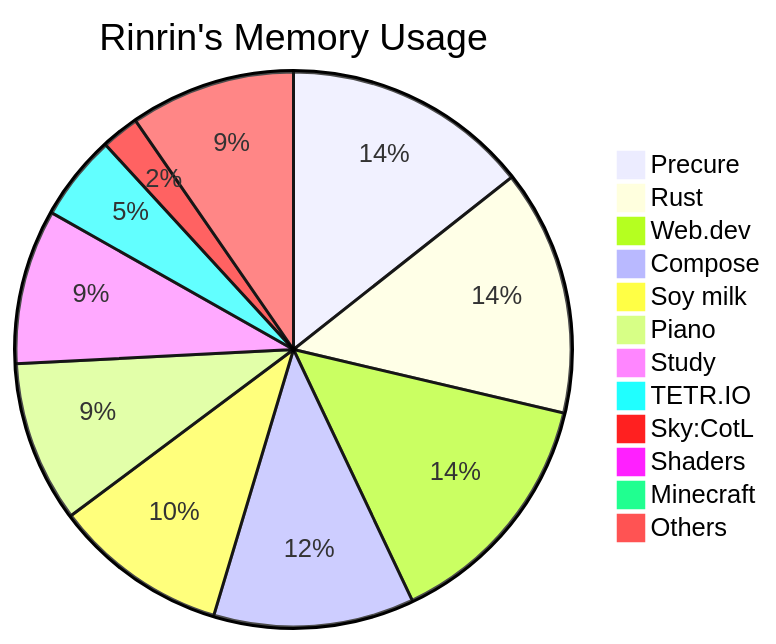
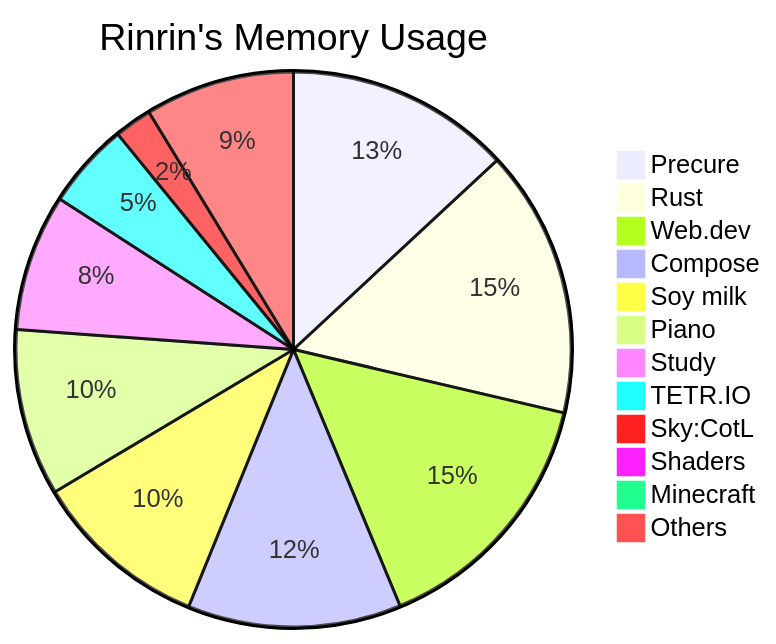
One commit to Rinrin0413/Rinrin0413 changed the diagram in README.md. Above: the diagram before and after it, drawn with Mermaid.

Commit message:
🛠 Update: Rinrin's Memory Usage

````diff
--- a/README.md
+++ b/README.md
@@ -77,15 +77,15 @@
 ```mermaid
 pie title Rinrin's Memory Usage
-    "Precure": 587
-    "Rust": 585
-    "Web.dev": 584
+    "Precure": 502
+    "Rust": 598
+    "Web.dev": 578
     "Compose": 477
-    "Soy milk": 415
-    "Piano": 384
-    "Study": 368
-    "TETR.IO": 204
-    "Sky:CotL": 90
+    "Soy milk": 394
+    "Piano": 373
+    "Study": 305
+    "TETR.IO": 192
+    "Sky:CotL": 84
     "Shaders": 30
     "Minecraft": 30
-    "Others": 393
+    "Others": 334
 ```
````
